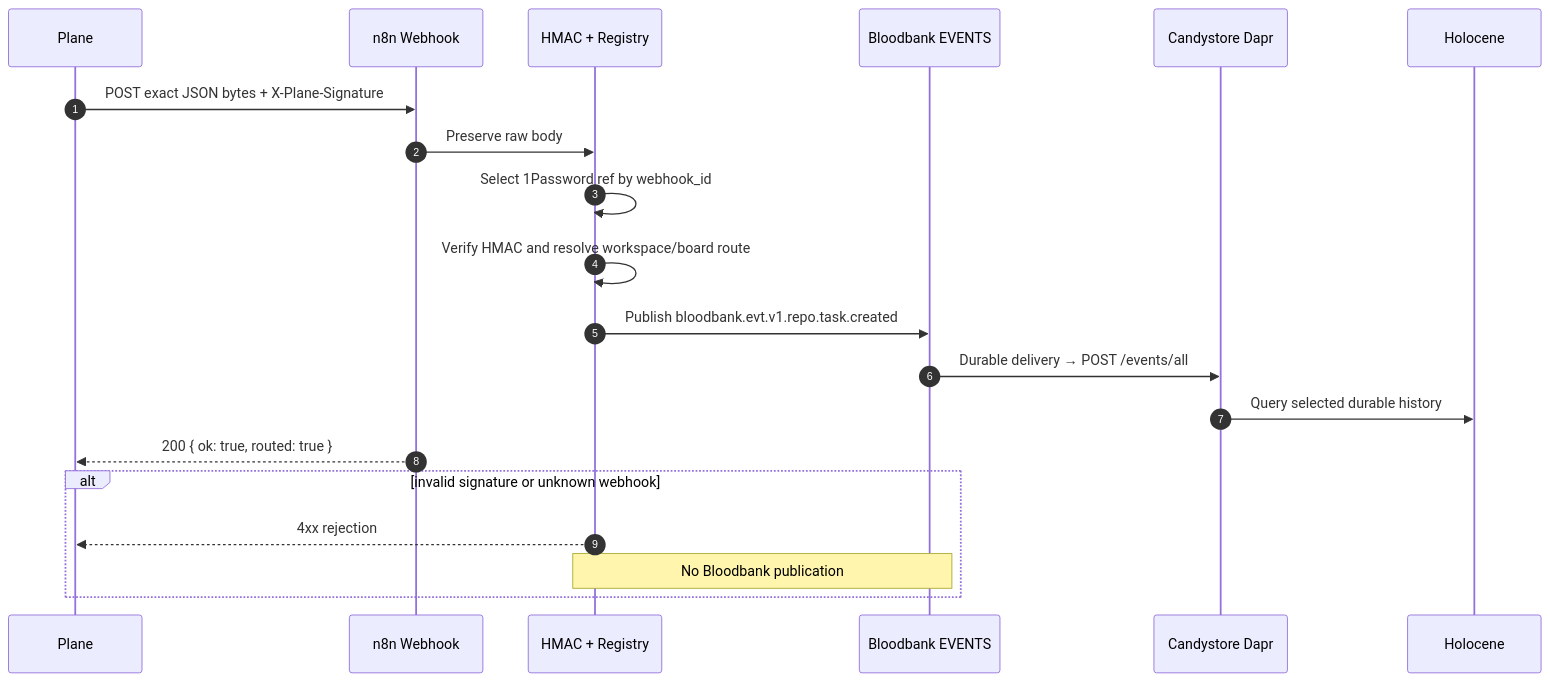
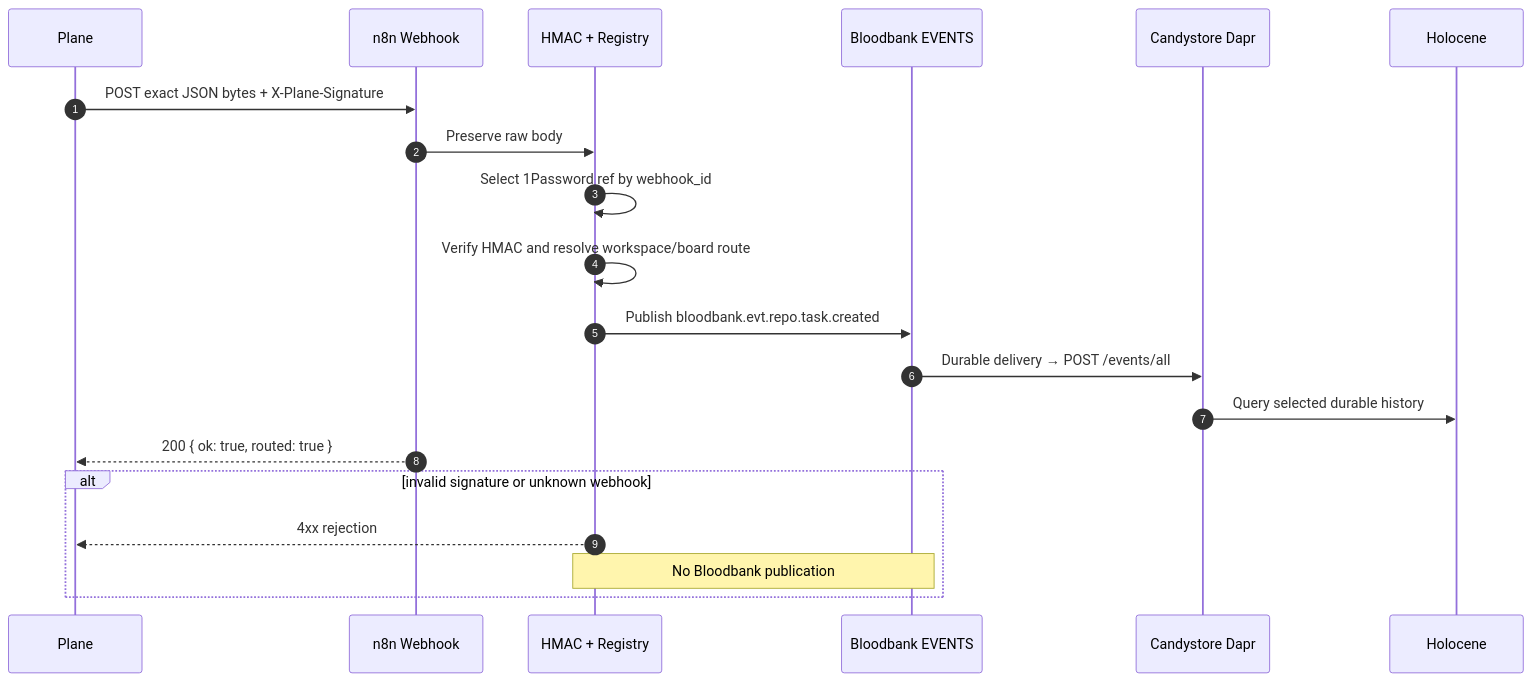
One commit to delorenj/33GOD changed the third of 4 diagrams in docs/event-journey.md. Above: the diagram before and after it, drawn with Mermaid. The commit also changed other lines of this file and 3 other files, not shown here.

````diff
--- a/docs/event-journey.md
+++ b/docs/event-journey.md
@@ -96,24 +96,24 @@
 ```mermaid
 sequenceDiagram
     autonumber
     participant P as Plane
     participant W as n8n Webhook
     participant V as HMAC + Registry
     participant B as Bloodbank EVENTS
     participant C as Candystore Dapr
     participant H as Holocene
 
     P->>W: POST exact JSON bytes + X-Plane-Signature
     W->>V: Preserve raw body
     V->>V: Select 1Password ref by webhook_id
     V->>V: Verify HMAC and resolve workspace/board route
-    V->>B: Publish bloodbank.evt.v1.repo.task.created
+    V->>B: Publish bloodbank.evt.repo.task.created
     B->>C: Durable delivery → POST /events/all
     C->>H: Query selected durable history
     W-->>P: 200 { ok: true, routed: true }
 
     alt invalid signature or unknown webhook
         V-->>P: 4xx rejection
         Note over V,B: No Bloodbank publication
     end
 ```
````
